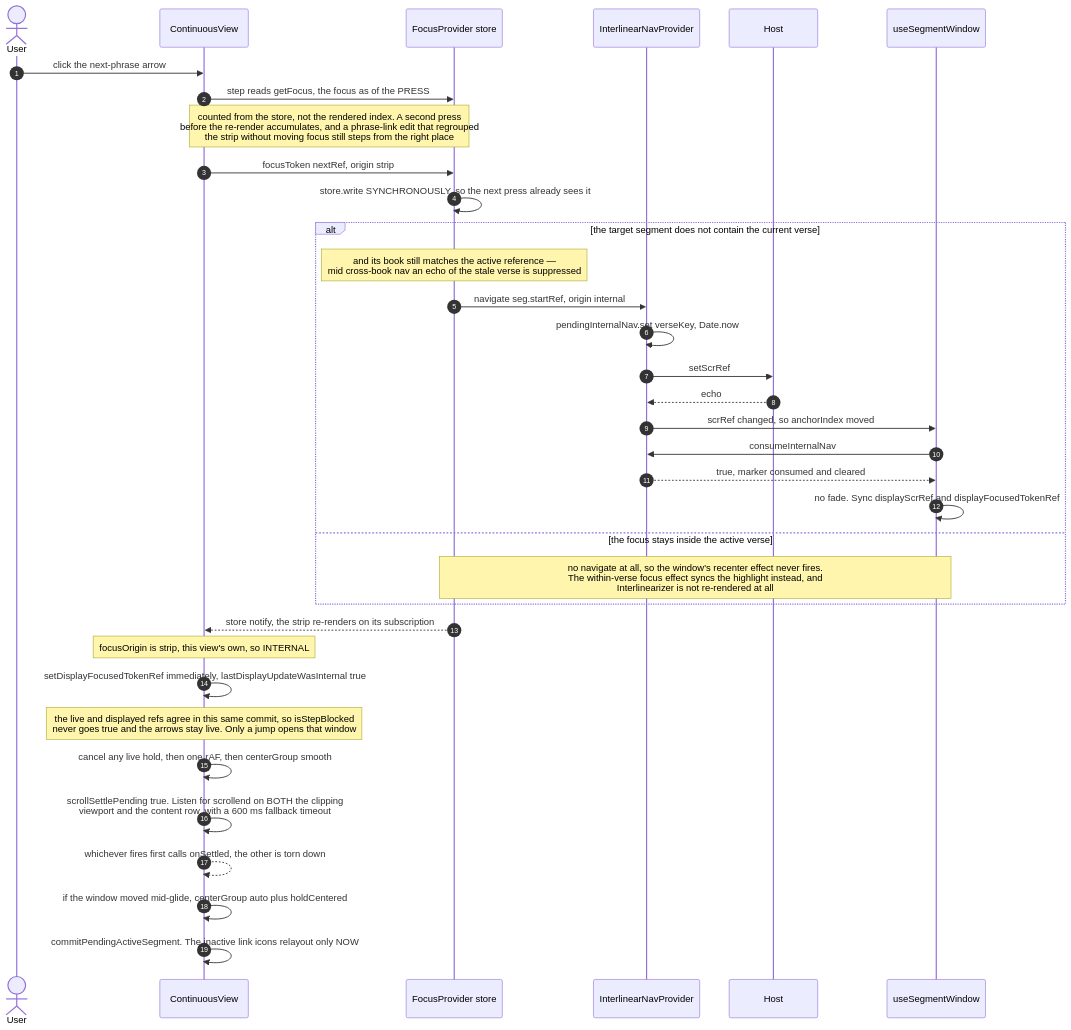
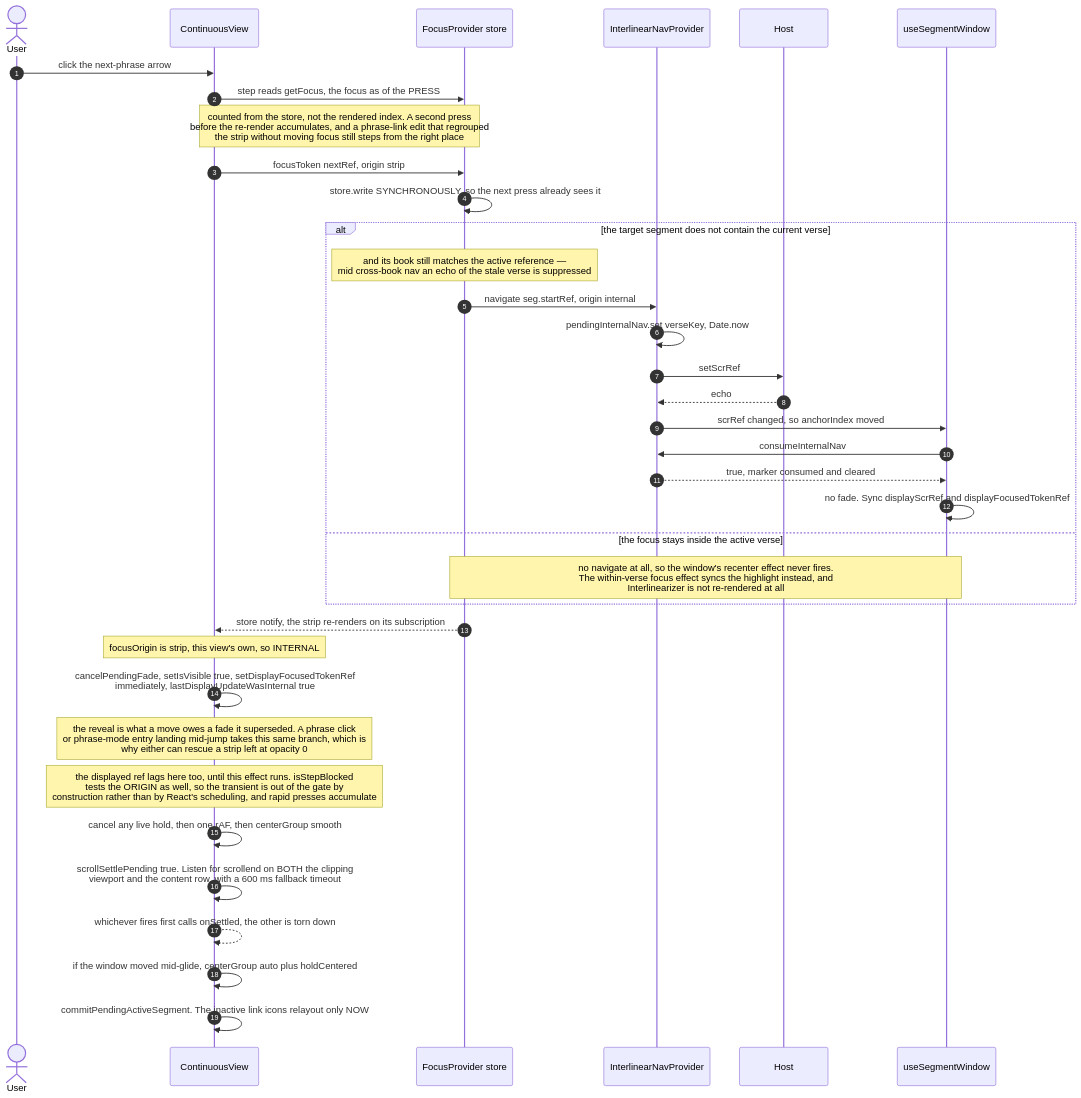
Before and after one commit to sillsdev/interlinearizer-extension: the third of 6 diagrams in docs/navigation/04b-scenarios.md, drawn with Mermaid. The commit also changed other lines of this file, not shown here.

First line of the commit message:
Carry the scenario atlas forward to the strip's fade fixes

````diff
--- a/docs/navigation/04b-scenarios.md
+++ b/docs/navigation/04b-scenarios.md
@@ -149,40 +151,41 @@
 ```mermaid
 sequenceDiagram
     autonumber
     actor U as User
     participant S as ContinuousView
     participant F as FocusProvider store
     participant N as InterlinearNavProvider
     participant H as Host
     participant W as useSegmentWindow
 
     U->>S: click the next-phrase arrow
     S->>F: step reads getFocus, the focus as of the PRESS
     Note over S,F: counted from the store, not the rendered index. A second press<br/>before the re-render accumulates, and a phrase-link edit that regrouped<br/>the strip without moving focus still steps from the right place
     S->>F: focusToken nextRef, origin strip
     F->>F: store.write SYNCHRONOUSLY, so the next press already sees it
 
     alt the target segment does not contain the current verse
         Note over F: and its book still matches the active reference —<br/>mid cross-book nav an echo of the stale verse is suppressed
         F->>N: navigate seg.startRef, origin internal
         N->>N: pendingInternalNav.set verseKey, Date.now
         N->>H: setScrRef
         H-->>N: echo
         N->>W: scrRef changed, so anchorIndex moved
         W->>N: consumeInternalNav
         N-->>W: true, marker consumed and cleared
         W->>W: no fade. Sync displayScrRef and displayFocusedTokenRef
     else the focus stays inside the active verse
         Note over F,W: no navigate at all, so the window's recenter effect never fires.<br/>The within-verse focus effect syncs the highlight instead, and<br/>Interlinearizer is not re-rendered at all
     end
 
     F-->>S: store notify, the strip re-renders on its subscription
     Note over S: focusOrigin is strip, this view's own, so INTERNAL
-    S->>S: setDisplayFocusedTokenRef immediately, lastDisplayUpdateWasInternal true
-    Note over S: the live and displayed refs agree in this same commit, so isStepBlocked<br/>never goes true and the arrows stay live. Only a jump opens that window
+    S->>S: cancelPendingFade, setIsVisible true, setDisplayFocusedTokenRef<br/>immediately, lastDisplayUpdateWasInternal true
+    Note over S: the reveal is what a move owes a fade it superseded. A phrase click<br/>or phrase-mode entry landing mid-jump takes this same branch, which is<br/>why either can rescue a strip left at opacity 0
+    Note over S: the displayed ref lags here too, until this effect runs. isStepBlocked<br/>tests the ORIGIN as well, so the transient is out of the gate by<br/>construction rather than by React's scheduling, and rapid presses accumulate
     S->>S: cancel any live hold, then one rAF, then centerGroup smooth
     S->>S: scrollSettlePending true. Listen for scrollend on BOTH the clipping<br/>viewport and the content row, with a 600 ms fallback timeout
     S-->>S: whichever fires first calls onSettled, the other is torn down
     S->>S: if the window moved mid-glide, centerGroup auto plus holdCentered
     S->>S: commitPendingActiveSegment. The inactive link icons relayout only NOW
 ```
````
